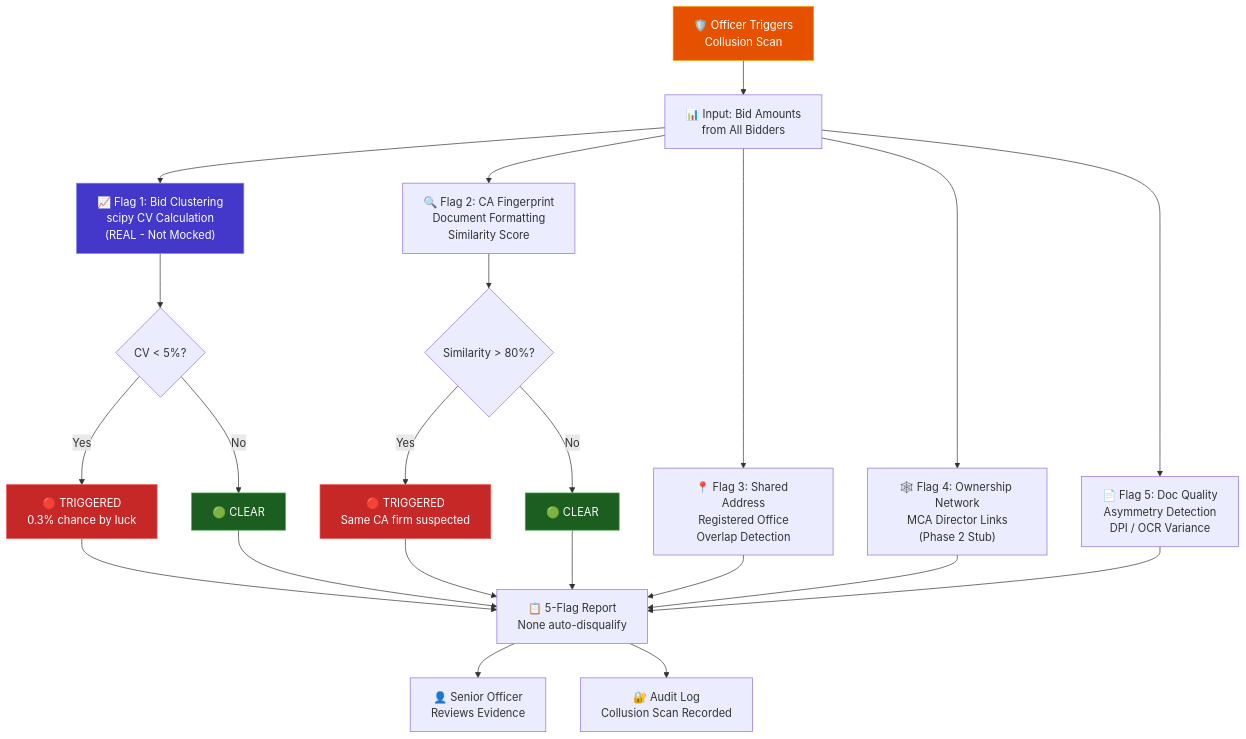
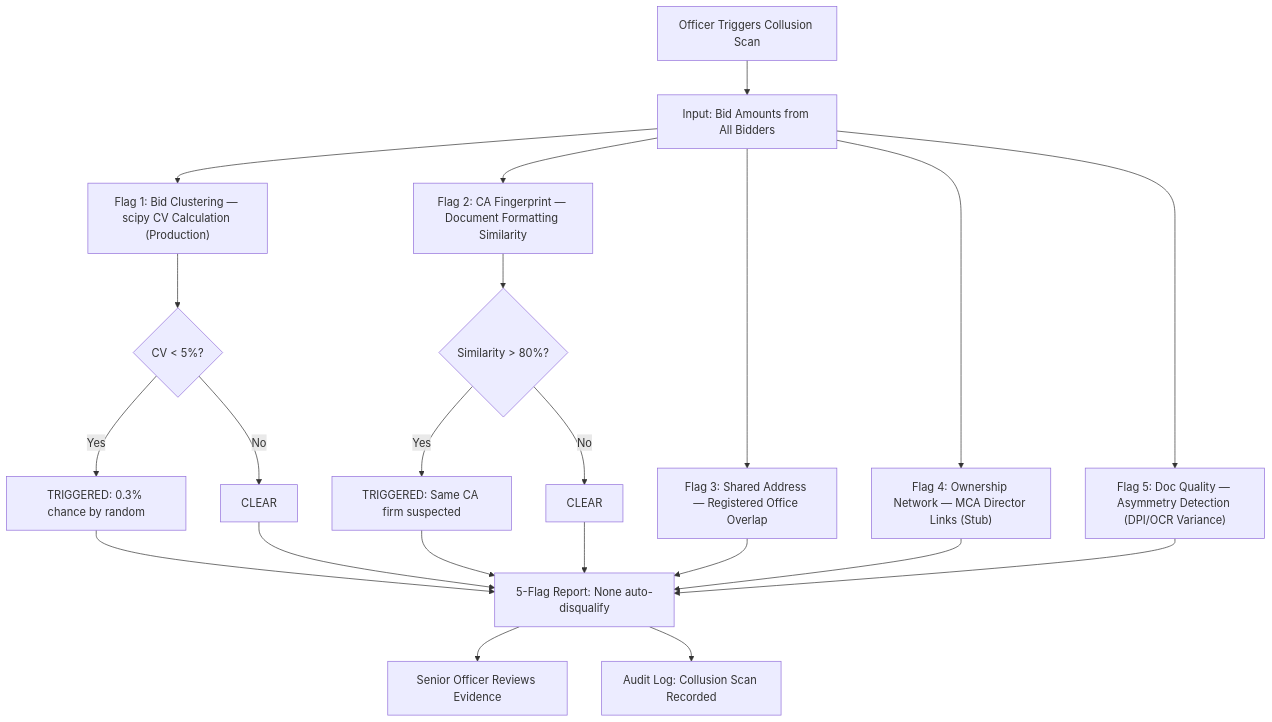
The fifth of 6 diagrams in README.md (SIBAM890/Nyayadarsi), drawn with Mermaid before and after one commit. The commit also changed other lines of this file, not shown here.

Commit message:
docs: update README with refreshed architecture, project details, and workflow diagrams

````diff
--- a/README.md
+++ b/README.md
@@ -199,29 +174,22 @@
 ```mermaid
 flowchart TD
-    A["🛡️ Officer Triggers<br/>Collusion Scan"] --> B["📊 Input: Bid Amounts<br/>from All Bidders"]
+    A["Officer Triggers Collusion Scan"] --> B["Input: Bid Amounts from All Bidders"]
 
-    B --> C["📈 Flag 1: Bid Clustering<br/>scipy CV Calculation<br/>(REAL - Not Mocked)"]
-    B --> D["🔍 Flag 2: CA Fingerprint<br/>Document Formatting<br/>Similarity Score"]
-    B --> E["📍 Flag 3: Shared Address<br/>Registered Office<br/>Overlap Detection"]
-    B --> F["🕸️ Flag 4: Ownership Network<br/>MCA Director Links<br/>(Phase 2 Stub)"]
-    B --> G["📄 Flag 5: Doc Quality<br/>Asymmetry Detection<br/>DPI / OCR Variance"]
+    B --> C["Flag 1: Bid Clustering — scipy CV Calculation (Production)"]
+    B --> D["Flag 2: CA Fingerprint — Document Formatting Similarity"]
+    B --> E["Flag 3: Shared Address — Registered Office Overlap"]
+    B --> F["Flag 4: Ownership Network — MCA Director Links (Stub)"]
+    B --> G["Flag 5: Doc Quality — Asymmetry Detection (DPI/OCR Variance)"]
 
     C --> H{"CV < 5%?"}
-    H -->|Yes| I["🔴 TRIGGERED<br/>0.3% chance by luck"]
-    H -->|No| J["🟢 CLEAR"]
+    H -->|Yes| I["TRIGGERED: 0.3% chance by random"]
+    H -->|No| J["CLEAR"]
 
     D --> K{"Similarity > 80%?"}
-    K -->|Yes| L["🔴 TRIGGERED<br/>Same CA firm suspected"]
-    K -->|No| M["🟢 CLEAR"]
+    K -->|Yes| L["TRIGGERED: Same CA firm suspected"]
+    K -->|No| M["CLEAR"]
 
-    I & J & L & M & E & F & G --> N["📋 5-Flag Report<br/>None auto-disqualify"]
-    N --> O["👤 Senior Officer<br/>Reviews Evidence"]
-    N --> P["🔐 Audit Log<br/>Collusion Scan Recorded"]
-
-    style A fill:#e65100,stroke:#ff9800,color:#fff
-    style C fill:#4338ca,stroke:#818cf8,color:#fff
-    style I fill:#c62828,stroke:#ef5350,color:#fff
-    style L fill:#c62828,stroke:#ef5350,color:#fff
-    style J fill:#1b5e20,stroke:#4caf50,color:#fff
-    style M fill:#1b5e20,stroke:#4caf50,color:#fff
+    I & J & L & M & E & F & G --> N["5-Flag Report: None auto-disqualify"]
+    N --> O["Senior Officer Reviews Evidence"]
+    N --> P["Audit Log: Collusion Scan Recorded"]
 ```
````
